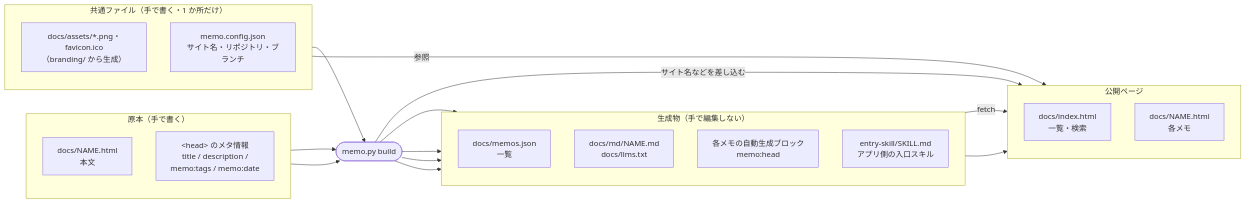
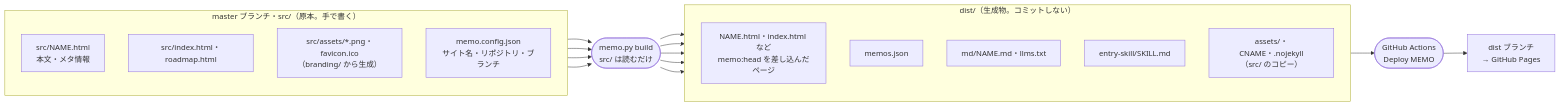
One commit to taka1156/back-of-the-flyer changed the first of 8 diagrams in memo-detail.md. Above: the diagram before and after it, drawn with Mermaid. The commit also changed other lines of this file and 41 other files, not shown here.

First line of the commit message:
Build into dist/ like memo-kit; rename docs/ to src/

````diff
--- a/memo-detail.md
+++ b/memo-detail.md
@@ -36,39 +37,28 @@
 ```mermaid
 flowchart LR
-  subgraph SRC["原本（手で書く）"]
+  subgraph SRC["master ブランチ・src/（原本。手で書く）"]
     direction TB
-    H["docs/NAME.html<br/>本文"]
-    M["&lt;head&gt; のメタ情報<br/>title / description /<br/>memo:tags / memo:date"]
-  end
-
-  subgraph COMMON["共通ファイル（手で書く・1 か所だけ）"]
-    direction TB
-    IMG["docs/assets/*.png・favicon.ico<br/>（branding/ から生成）"]
+    H["src/NAME.html<br/>本文・メタ情報"]
+    PG["src/index.html・roadmap.html"]
+    IMG["src/assets/*.png・favicon.ico<br/>（branding/ から生成）"]
     CFG["memo.config.json<br/>サイト名・リポジトリ・ブランチ"]
   end
 
-  B(["memo.py build"])
+  B(["memo.py build<br/>src/ は読むだけ"])
 
-  subgraph GEN["生成物（手で編集しない）"]
+  subgraph GEN["dist/（生成物。コミットしない）"]
     direction TB
-    MJ["docs/memos.json<br/>一覧"]
-    MD["docs/md/NAME.md<br/>docs/llms.txt"]
-    BLK["各メモの自動生成ブロック<br/>memo:head"]
-    ENT["entry-skill/SKILL.md<br/>アプリ側の入口スキル"]
+    MEMO["NAME.html・index.html など<br/>memo:head を差し込んだページ"]
+    MJ["memos.json"]
+    MD["md/NAME.md・llms.txt"]
+    ENT["entry-skill/SKILL.md"]
+    CP["assets/・CNAME・.nojekyll<br/>（src/ のコピー）"]
   end
 
-  subgraph PAGES["公開ページ"]
-    direction TB
-    IDX["docs/index.html<br/>一覧・検索"]
-    MEMO["docs/NAME.html<br/>各メモ"]
-  end
+  A(["GitHub Actions<br/>Deploy MEMO"])
+  S["dist ブランチ<br/>→ GitHub Pages"]
 
-  H --> B
-  M --> B
-  CFG --> B
-  B --> MJ & MD & BLK & ENT
-  B -->|サイト名などを差し込む| IDX
-  MJ -- fetch --> IDX
-  BLK --> MEMO
-  IMG -- 参照 --> MEMO
+  H & PG & IMG & CFG --> B
+  B --> MEMO & MJ & MD & ENT & CP
+  GEN --> A --> S
 ```
````
